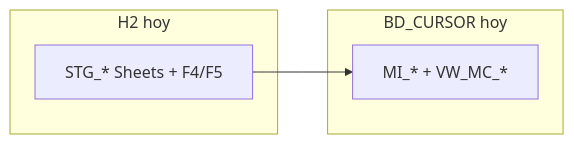
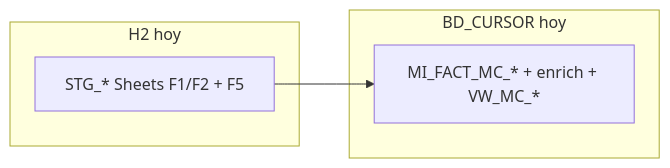
Before and after one commit to nwodevops/multa_informes_etl: the third of 3 diagrams in docs/fase1-3/status.md, drawn with Mermaid. The commit also changed other lines of this file and 46 other files, not shown here.

````diff
--- a/docs/fase1-3/status.md
+++ b/docs/fase1-3/status.md
@@ -126,10 +137,10 @@
 ```mermaid
 flowchart LR
   subgraph h2now [H2 hoy]
-    STG8["STG_* Sheets + F4/F5"]
+    STG8["STG_* Sheets F1/F2 + F5"]
   end
   subgraph oranow [BD_CURSOR hoy]
-    MI["MI_* + VW_MC_*"]
+    MI["MI_FACT_MC_* + enrich + VW_MC_*"]
   end
   STG8 --> MI
 ```
````
